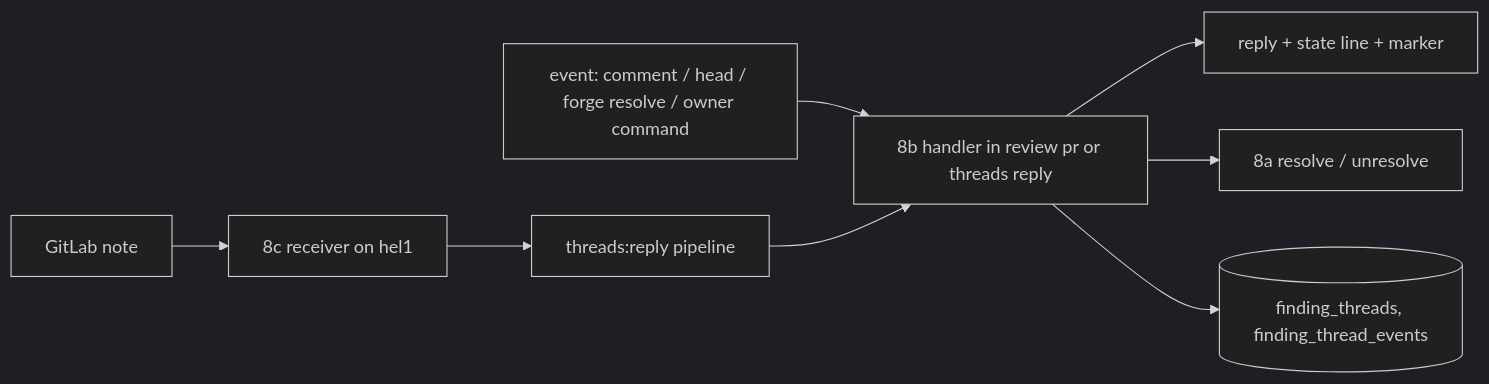
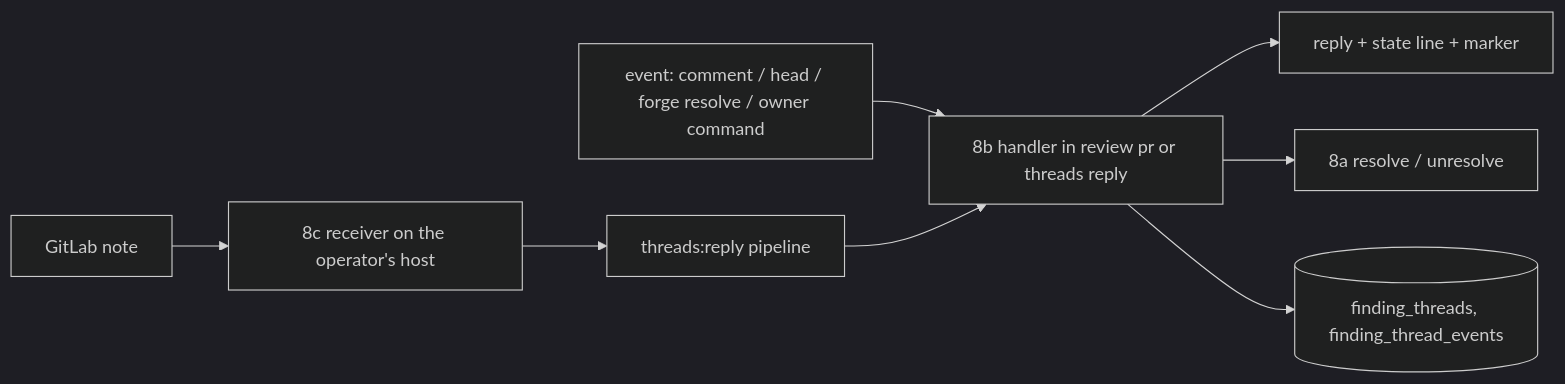
Before and after one commit to repoachhq/repoach: the diagram in docs/specs/2026-10-26_SP-PR-THREADS-REMEMBER-AND-CLOSE_one-finding-one-thread-closed-by-its-role.md, drawn with Mermaid (dark theme). The commit also changed other lines of this file and 3 other files, not shown here.

````diff
--- a/docs/specs/2026-10-26_SP-PR-THREADS-REMEMBER-AND-CLOSE_one-finding-one-thread-closed-by-its-role.md
+++ b/docs/specs/2026-10-26_SP-PR-THREADS-REMEMBER-AND-CLOSE_one-finding-one-thread-closed-by-its-role.md
@@ -322,8 +345,8 @@
 ```mermaid
 flowchart LR
     E[event: comment / head / forge resolve / owner command] --> H[8b handler in review pr or threads reply]
     H --> R[reply + state line + marker]
     H --> W[8a resolve / unresolve]
     H --> L[(finding_threads, finding_thread_events)]
-    N[GitLab note] --> C[8c receiver on hel1] --> P[threads:reply pipeline] --> H
+    N[GitLab note] --> C[8c receiver on the operator's host] --> P[threads:reply pipeline] --> H
 ```
````
